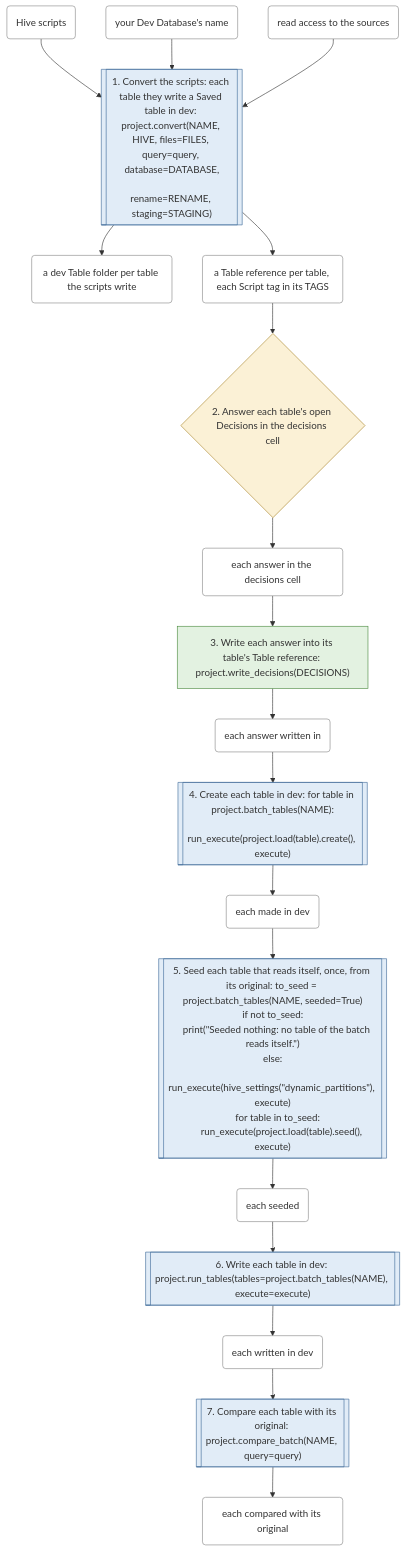
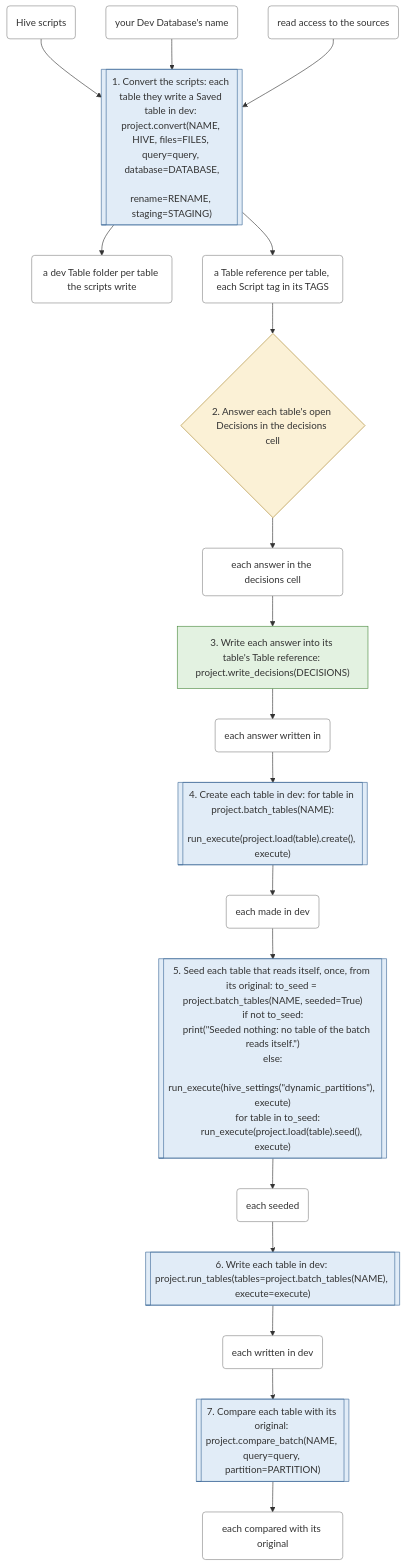
One commit to EdgyPage/SQL-Composer changed the first of 6 diagrams in docs/workflows.md. Above: the diagram before and after it, drawn with Mermaid. The commit also changed 17 other files, not shown here.

````diff
--- a/docs/workflows.md
+++ b/docs/workflows.md
@@ -31,50 +31,50 @@
 ```mermaid
 flowchart TD
     s0[["1. Convert the scripts: each table they write a Saved table in dev: project.convert(NAME, HIVE, files=FILES, query=query, database=DATABASE,
                 rename=RENAME, staging=STAGING)"]]:::warehouse_call
     s1{"2. Answer each table's open Decisions in the decisions cell"}:::your_decision
     s2["3. Write each answer into its table's Table reference: project.write_decisions(DECISIONS)"]:::files_only
     s3[["4. Create each table in dev: for table in project.batch_tables(NAME):
     run_execute(project.load(table).create(), execute)"]]:::warehouse_call
     s4[["5. Seed each table that reads itself, once, from its original: to_seed = project.batch_tables(NAME, seeded=True)
 if not to_seed:
     print(#quot;Seeded nothing: no table of the batch reads itself.#quot;)
 else:
     run_execute(hive_settings(#quot;dynamic_partitions#quot;), execute)
     for table in to_seed:
         run_execute(project.load(table).seed(), execute)"]]:::warehouse_call
     s5[["6. Write each table in dev: project.run_tables(tables=project.batch_tables(NAME), execute=execute)"]]:::warehouse_call
-    s6[["7. Compare each table with its original: project.compare_batch(NAME, query=query)"]]:::warehouse_call
+    s6[["7. Compare each table with its original: project.compare_batch(NAME, query=query, partition=PARTITION)"]]:::warehouse_call
     t0("Hive scripts"):::thing
     t1("your Dev Database's name"):::thing
     t2("read access to the sources"):::thing
     t3("a dev Table folder per table the scripts write"):::thing
     t4("a Table reference per table, each Script tag in its TAGS"):::thing
     t5("each answer in the decisions cell"):::thing
     t6("each answer written in"):::thing
     t7("each made in dev"):::thing
     t8("each seeded"):::thing
     t9("each written in dev"):::thing
     t10("each compared with its original"):::thing
     t0 --> s0
     t1 --> s0
     t2 --> s0
     s0 --> t3
     s0 --> t4
     t4 --> s1
     s1 --> t5
     t5 --> s2
     s2 --> t6
     t6 --> s3
     s3 --> t7
     t7 --> s4
     s4 --> t8
     t8 --> s5
     s5 --> t9
     t9 --> s6
     s6 --> t10
     classDef files_only fill:#e3f2e1,stroke:#4a8a3f
     classDef warehouse_call fill:#e1ecf7,stroke:#3f6a9a
     classDef your_decision fill:#fbf1d6,stroke:#a8842a
     classDef thing fill:#ffffff,stroke:#888888
 ```
````
